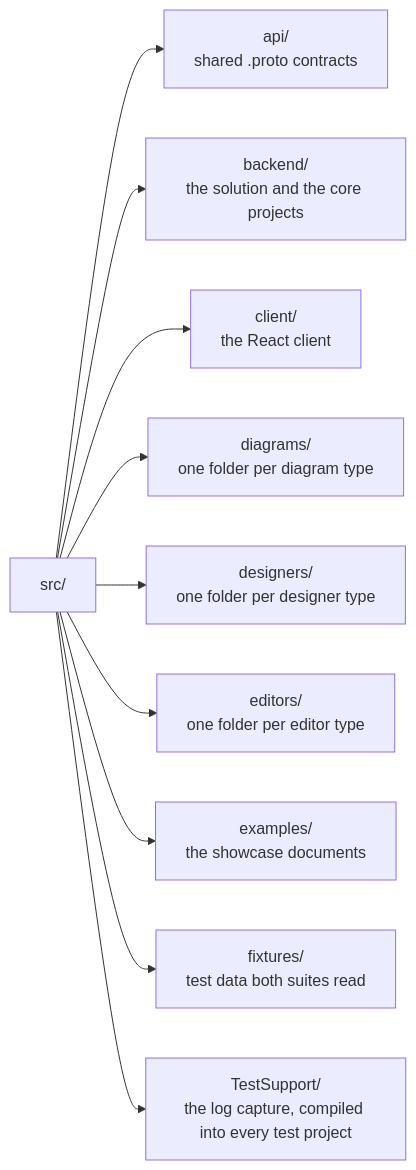
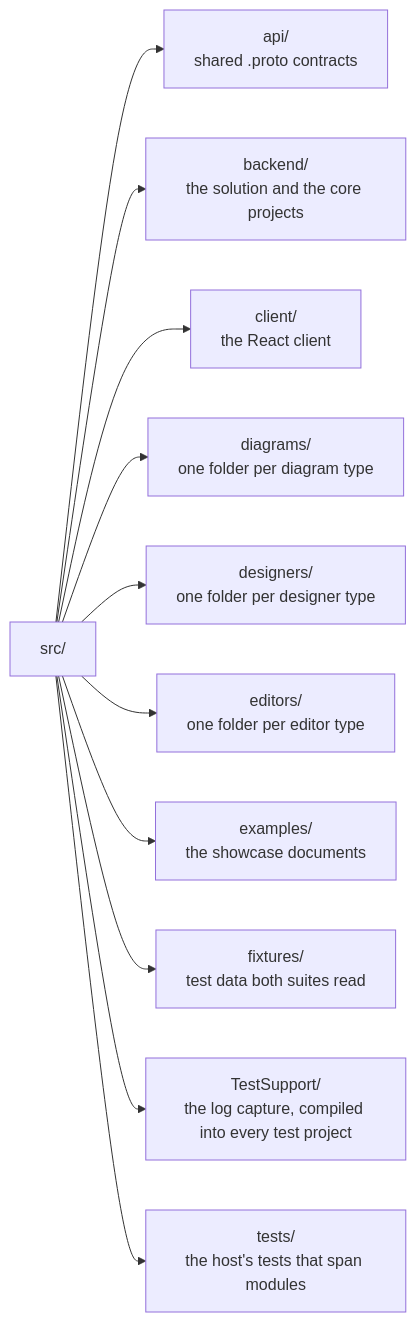
Before and after one commit to etalii-adp/etalii.adp.ide.standalone: the diagram in docs/solution-structure.md, drawn with Mermaid. The commit also changed other lines of this file and 18 other files, not shown here.

````diff
--- a/docs/solution-structure.md
+++ b/docs/solution-structure.md
@@ -7,13 +7,14 @@
 ```mermaid
 flowchart LR
     src["src/"]
     src --> api["api/<br/>shared .proto contracts"]
     src --> backend["backend/<br/>the solution and the core projects"]
     src --> client["client/<br/>the React client"]
     src --> diagrams["diagrams/<br/>one folder per diagram type"]
     src --> designers["designers/<br/>one folder per designer type"]
     src --> editors["editors/<br/>one folder per editor type"]
     src --> examples["examples/<br/>the showcase documents"]
     src --> fixtures["fixtures/<br/>test data both suites read"]
     src --> testsupport["TestSupport/<br/>the log capture, compiled into every test project"]
+    src --> tests["tests/<br/>the host's tests that span modules"]
 ```
````
